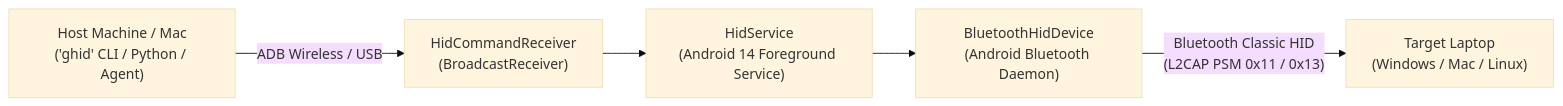
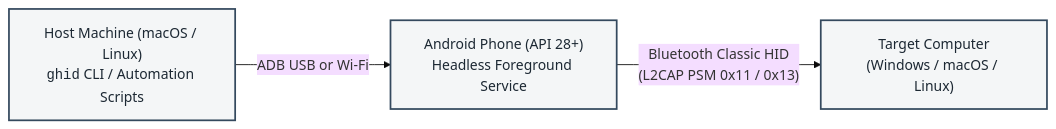
One commit to ShubhamJ010/ghid-cli changed the diagram in README.md. Above: the diagram before and after it, drawn with Mermaid (base theme). The commit also changed other lines of this file and 5 other files, not shown here.

Commit message:
docs: add architecture spec, lifecycle flows, ADRs, and rewrite README

````diff
--- a/README.md
+++ b/README.md
@@ -278,7 +9,8 @@
 ```mermaid
 flowchart LR
-    Host["Host Machine / Mac\n('ghid' CLI / Python / Agent)"] -- ADB Wireless / USB --> Receiver["HidCommandReceiver\n(BroadcastReceiver)"]
-    Receiver --> Service["HidService\n(Android 14 Foreground Service)"]
-    Service --> Proxy["BluetoothHidDevice\n(Android Bluetooth Daemon)"]
-    Proxy -- Bluetooth Classic HID\n(L2CAP PSM 0x11 / 0x13) --> Laptop["Target Laptop\n(Windows / Mac / Linux)"]
+    Host["Host Machine (macOS / Linux)<br/><code>ghid</code> CLI / Automation Scripts"] -- ADB USB or Wi-Fi --> Phone["Android Phone (API 28+)<br/>Headless Foreground Service"]
+    Phone -- Bluetooth Classic HID<br/>(L2CAP PSM 0x11 / 0x13) --> Target["Target Computer<br/>(Windows / macOS / Linux)"]
+
+    classDef node fill:#F4F6F7,stroke:#34495E,stroke-width:2px,color:#1C2833
+    class Host,Phone,Target node
 ```
````
